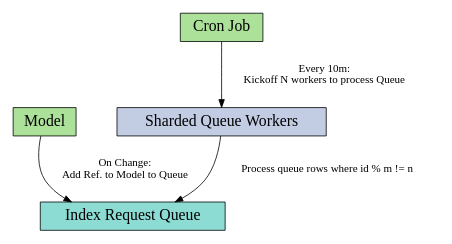
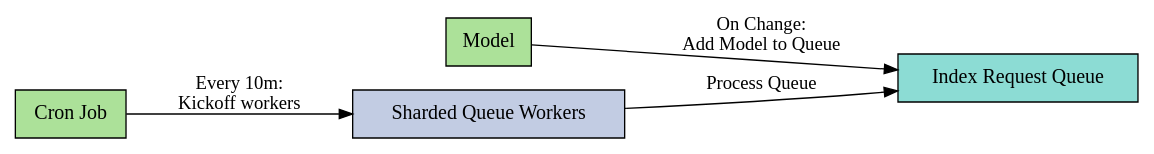
The diagram in _misc/elasticsearch_model_pipeline.dot (andrewvc/avc-blog), drawn with Graphviz before and after one commit. The commit also changed 5 other files, not shown here.

```diff
--- a/_misc/elasticsearch_model_pipeline.dot
+++ b/_misc/elasticsearch_model_pipeline.dot
@@ -1,25 +1,27 @@
 digraph G {
-  node [shape=box fontsize=20]
-  ranksep=.75; size = "4.5,10.5";
+  node [shape=box fontsize=15];
+  ranksep=.75; size = "13,20.5";
+  rankdir=LR;
+  
   {
     node [fillcolor="#ACE199" style=filled]
     
     Model
     "Cron Job"
   }  
 
   {
     node [fillcolor="#8CDCD4" style=filled]
     "Index Request Queue"
   }
 
 
   {
     node [fillcolor="#C2CCE3" style=filled]
     "Sharded Queue Workers"
   }
 
-  Model -> "Index Request Queue" [label="On Change:\n Add Ref. to Model to Queue"]
-  "Cron Job" -> "Sharded Queue Workers" [label="Every 10m:\n Kickoff N workers to process Queue"]
-  "Sharded Queue Workers" -> "Index Request Queue" [label="Process queue rows where id % m != n"]
+  Model -> "Index Request Queue" [label="On Change:\n Add Model to Queue"]
+  "Cron Job" -> "Sharded Queue Workers" [label="Every 10m:\n Kickoff workers"]
+  "Sharded Queue Workers" -> "Index Request Queue" [label="Process Queue"]
 }
```
